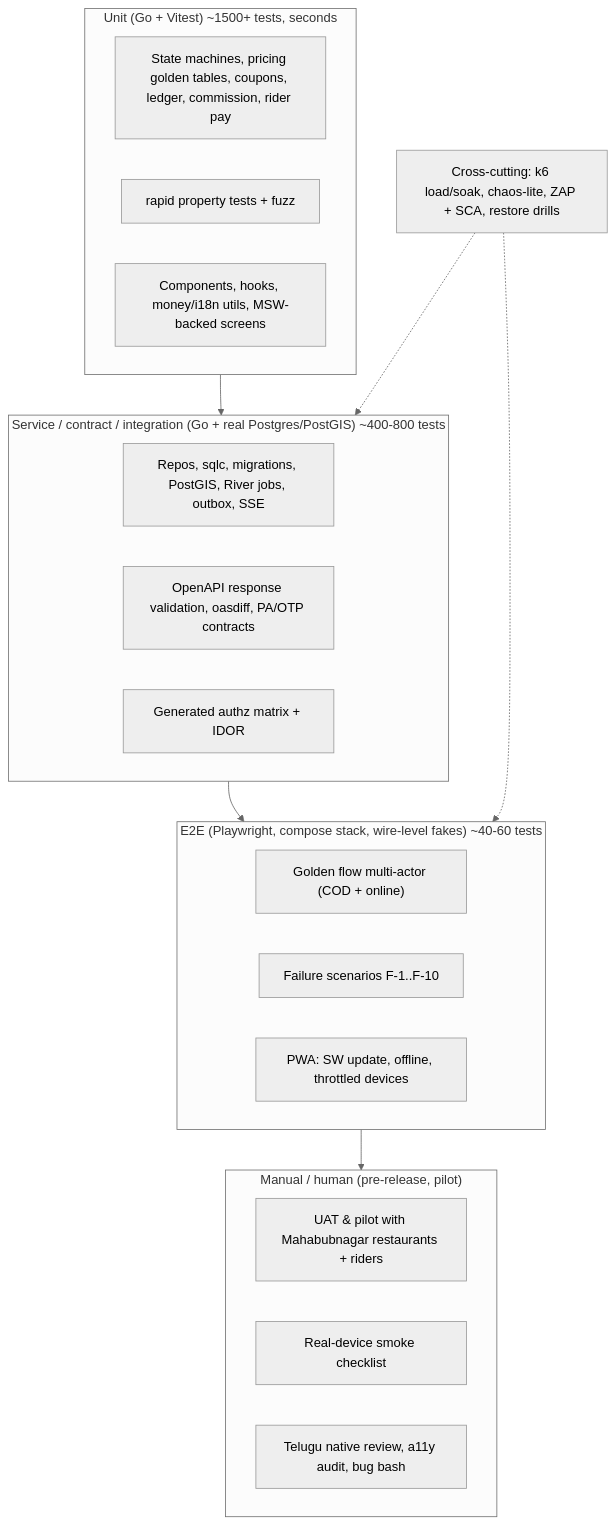
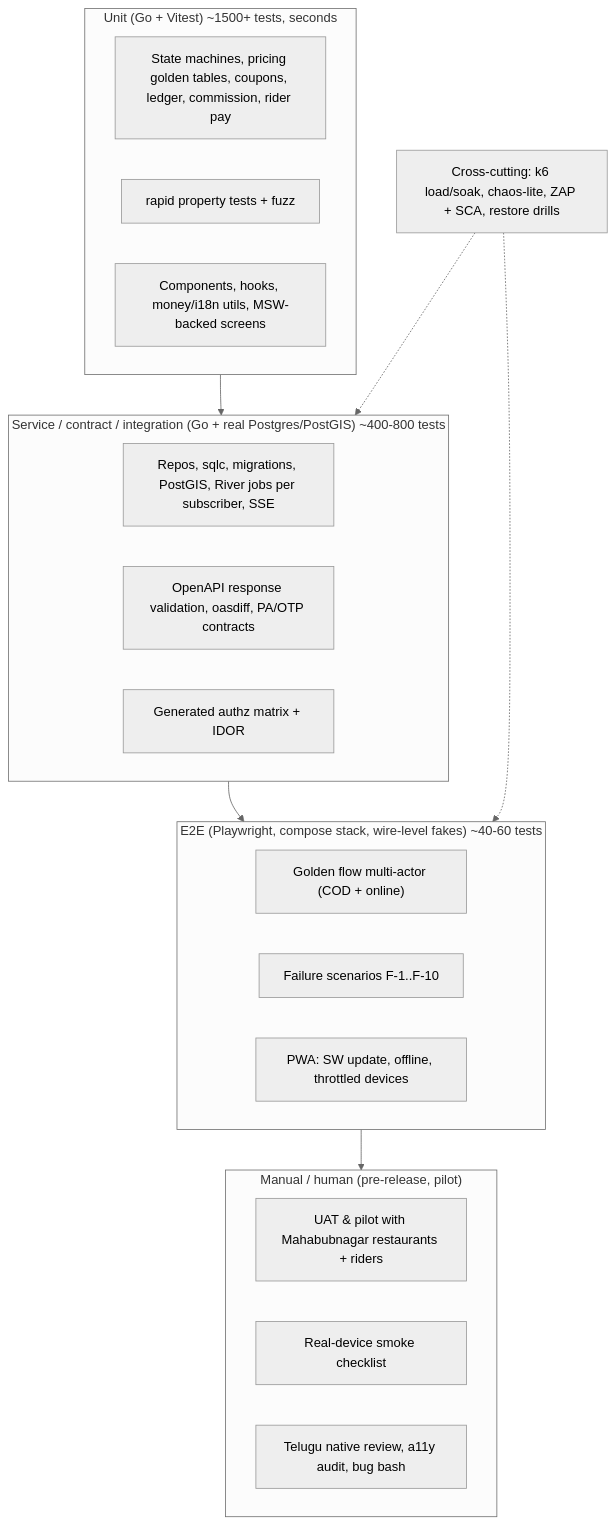
One commit to storetmobiles2-code/rovo changed the first of 4 diagrams in docs/planning/20-testing-strategy.md. Above: the diagram before and after it, drawn with Mermaid (neutral theme). The commit also changed other lines of this file and 13 other files, not shown here.

````diff
--- a/docs/planning/20-testing-strategy.md
+++ b/docs/planning/20-testing-strategy.md
@@ -130,26 +141,26 @@
 ```mermaid
 flowchart TB
   subgraph Manual["Manual / human (pre-release, pilot)"]
     UAT["UAT & pilot with Mahabubnagar restaurants + riders"]
     RD["Real-device smoke checklist"]
     L10N["Telugu native review, a11y audit, bug bash"]
   end
   subgraph E2E["E2E (Playwright, compose stack, wire-level fakes) ~40-60 tests"]
     GF["Golden flow multi-actor (COD + online)"]
     FS["Failure scenarios F-1..F-10"]
     PWA["PWA: SW update, offline, throttled devices"]
   end
   subgraph Mid["Service / contract / integration (Go + real Postgres/PostGIS) ~400-800 tests"]
-    INT["Repos, sqlc, migrations, PostGIS, River jobs, outbox, SSE"]
+    INT["Repos, sqlc, migrations, PostGIS, River jobs per subscriber, SSE"]
     CON["OpenAPI response validation, oasdiff, PA/OTP contracts"]
     AUTHZ["Generated authz matrix + IDOR"]
   end
   subgraph Unit["Unit (Go + Vitest) ~1500+ tests, seconds"]
     GU["State machines, pricing golden tables, coupons, ledger, commission, rider pay"]
     PBT["rapid property tests + fuzz"]
     FU["Components, hooks, money/i18n utils, MSW-backed screens"]
   end
   Unit --> Mid --> E2E --> Manual
   NFR["Cross-cutting: k6 load/soak, chaos-lite, ZAP + SCA, restore drills"] -.-> Mid
   NFR -.-> E2E
 ```
````
